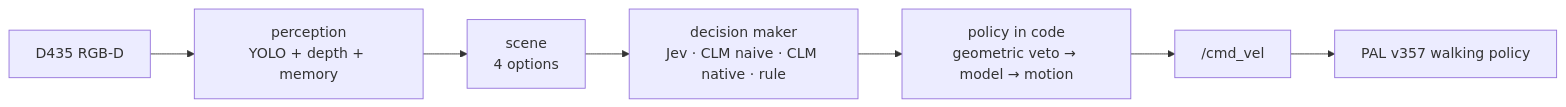
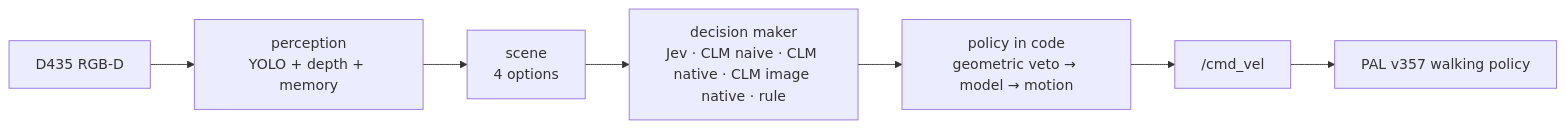
One commit to OscarMrZ/kangaroo-jev changed the diagram in REPORT.md. Above: the diagram before and after it, drawn with Mermaid. The commit also changed other lines of this file and 6 other files, not shown here.

Commit message:
Image CLM (kangaroo-clm G+K-mission) on the CLM-native questions; report with five decision makers

````diff
--- a/REPORT.md
+++ b/REPORT.md
@@ -50,8 +54,8 @@
 ```mermaid
 flowchart LR
     cam["D435 RGB-D"] --> per["perception<br/>YOLO + depth + memory"]
     per --> scene["scene<br/>4 options"]
-    scene --> dm["decision maker<br/>Jev · CLM naive · CLM native · rule"]
+    scene --> dm["decision maker<br/>Jev · CLM naive · CLM native · CLM image native · rule"]
     dm --> pol["policy in code<br/>geometric veto → model → motion"]
     pol --> cmd["/cmd_vel"] --> loco["PAL v357 walking policy"]
 ```
````
